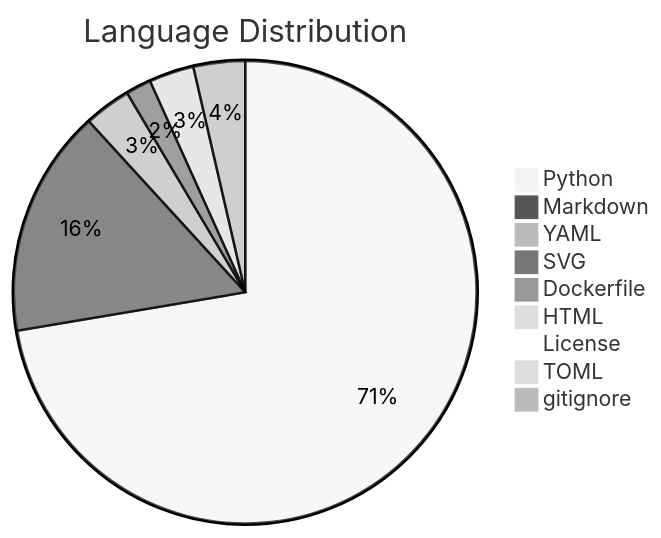
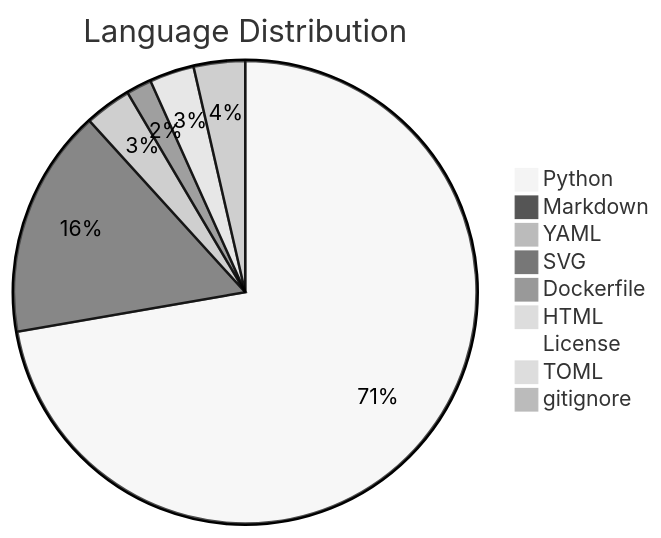
Before and after one commit to PyNetic/PyNetic: the first of 2 diagrams in .github/stats/Code Statistics.md, drawn with Mermaid (neutral theme). The commit also changed other lines of this file, not shown here.

````diff
--- a/.github/stats/Code Statistics.md
+++ b/.github/stats/Code Statistics.md
@@ -6,12 +6,12 @@
 ```mermaid
 pie title Language Distribution
-    "Python" : 1546
-    "Markdown" : 339
+    "Python" : 1551
+    "Markdown" : 343
     "YAML" : 70
     "SVG" : 38
     "Dockerfile" : 8
     "HTML" : 13
     "License" : 17
     "TOML" : 67
     "gitignore" : 77
 ```
````
